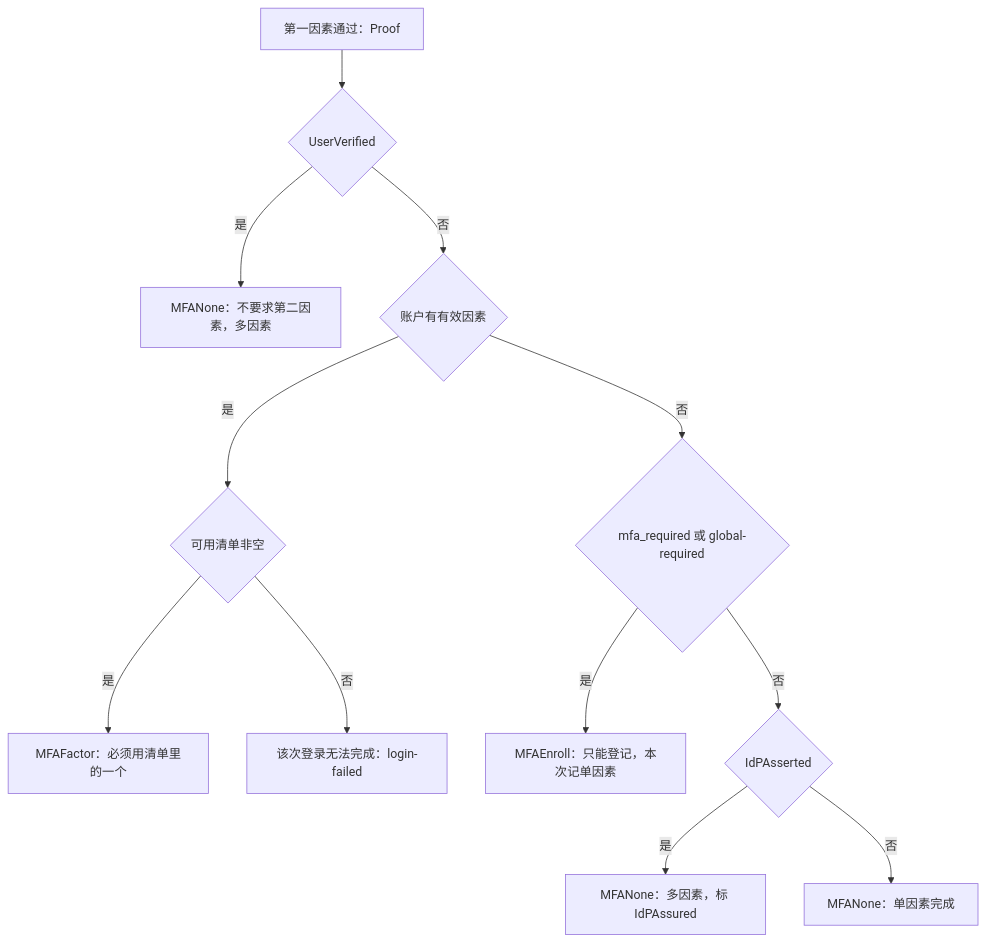
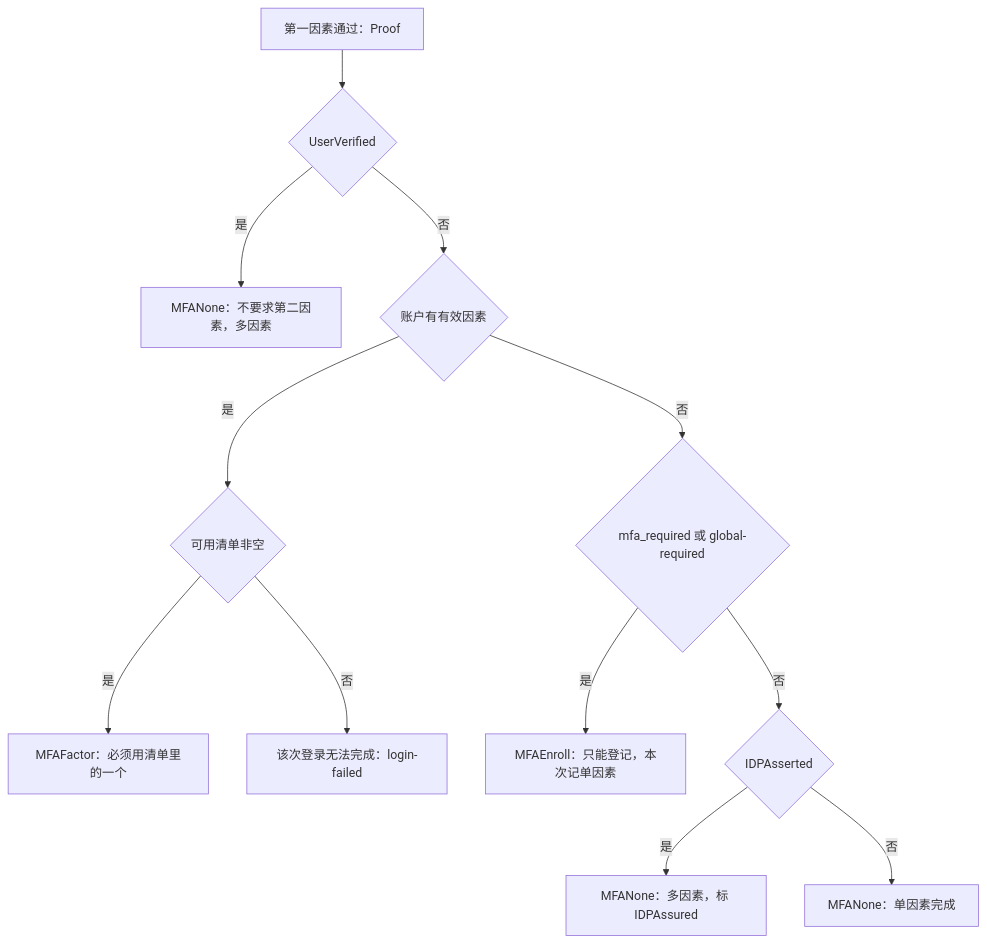
The third of 4 diagrams in docs/design/modules/design-authn-mfa.md (wangzw/speed), drawn with Mermaid before and after one commit. The commit also changed other lines of this file and 208 other files, not shown here.

````diff
--- a/docs/design/modules/design-authn-mfa.md
+++ b/docs/design/modules/design-authn-mfa.md
@@ -274,14 +274,14 @@
 ```mermaid
 flowchart TD
     P["第一因素通过：Proof"] --> U{"UserVerified"}
     U -->|是| N1["MFANone：不要求第二因素，多因素"]
     U -->|否| A{"账户有有效因素"}
     A -->|是| F{"可用清单非空"}
     F -->|是| MF["MFAFactor：必须用清单里的一个"]
     F -->|否| X["该次登录无法完成：login-failed"]
     A -->|否| R{"mfa_required 或 global-required"}
     R -->|是| E["MFAEnroll：只能登记，本次记单因素"]
-    R -->|否| I{"IdPAsserted"}
-    I -->|是| N2["MFANone：多因素，标 IdPAssured"]
+    R -->|否| I{"IDPAsserted"}
+    I -->|是| N2["MFANone：多因素，标 IDPAssured"]
     I -->|否| N3["MFANone：单因素完成"]
 ```
````
